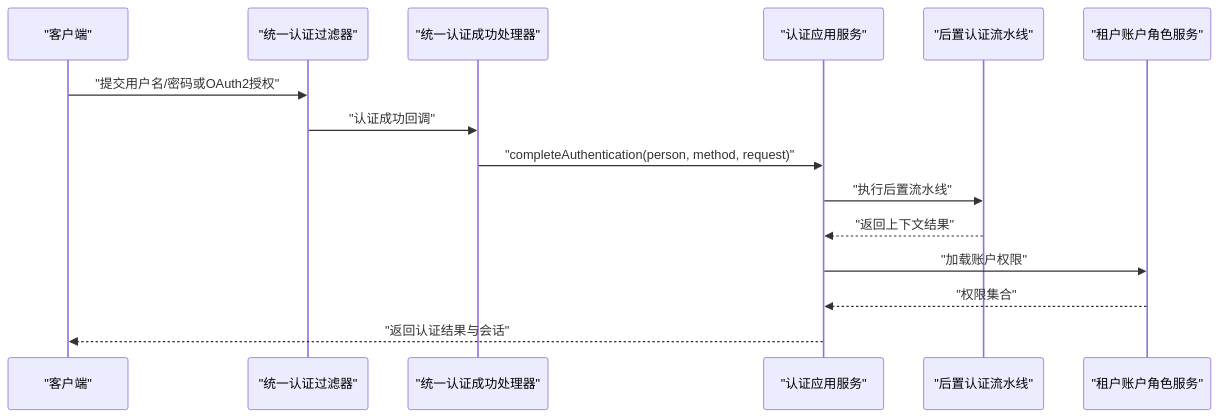
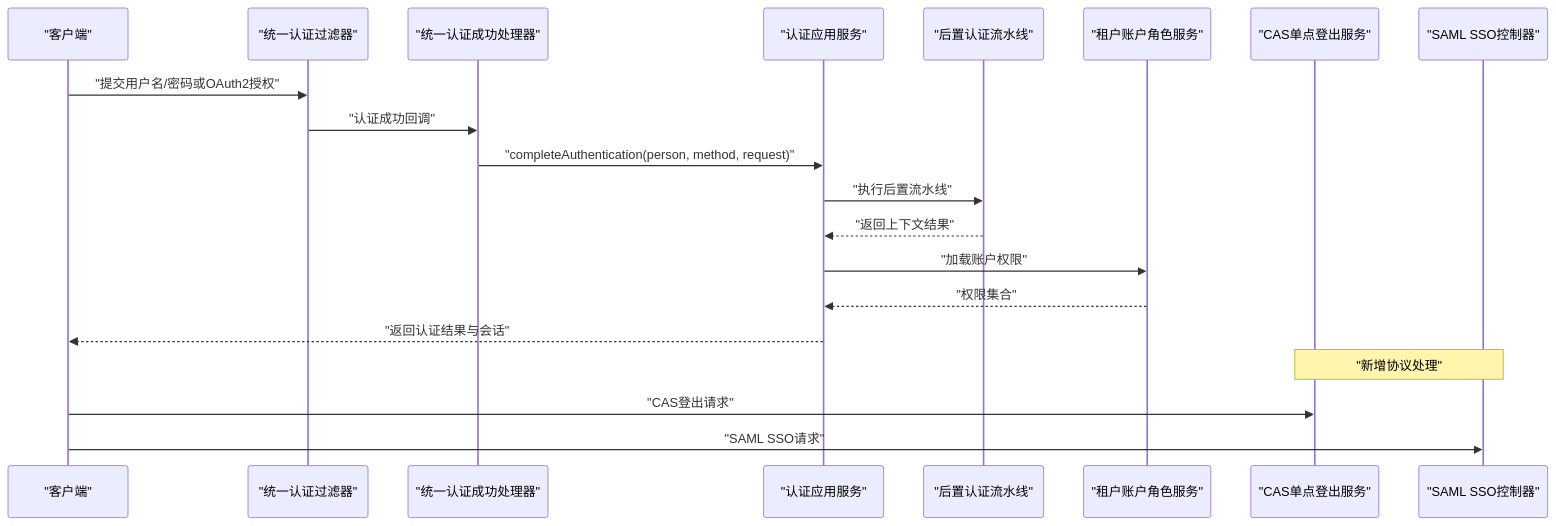
One commit to fq0121104930716/iam-platform changed the second of 12 diagrams in .qoder/repowiki/zh/content/项目概述/项目结构/认证服务器 (iam-auth-server)/认证应用服务.md. Above: the diagram before and after it, drawn with Mermaid. The commit also changed other lines of this file and 50 other files, not shown here.

````diff
--- a/.qoder/repowiki/zh/content/项目概述/项目结构/认证服务器 (iam-auth-server)/认证应用服务.md
+++ b/.qoder/repowiki/zh/content/项目概述/项目结构/认证服务器 (iam-auth-server)/认证应用服务.md
@@ -112,17 +163,22 @@
 ```mermaid
 sequenceDiagram
 participant C as "客户端"
 participant F as "统一认证过滤器"
 participant U as "统一认证成功处理器"
 participant A as "认证应用服务"
 participant P as "后置认证流水线"
 participant R as "租户账户角色服务"
+participant CS as "CAS单点登出服务"
+participant SC as "SAML SSO控制器"
 C->>F : "提交用户名/密码或OAuth2授权"
 F->>U : "认证成功回调"
 U->>A : "completeAuthentication(person, method, request)"
 A->>P : "执行后置流水线"
 P-->>A : "返回上下文结果"
 A->>R : "加载账户权限"
 R-->>A : "权限集合"
 A-->>C : "返回认证结果与会话"
+Note over CS,SC : "新增协议处理"
+C->>CS : "CAS登出请求"
+C->>SC : "SAML SSO请求"
 ```
````
